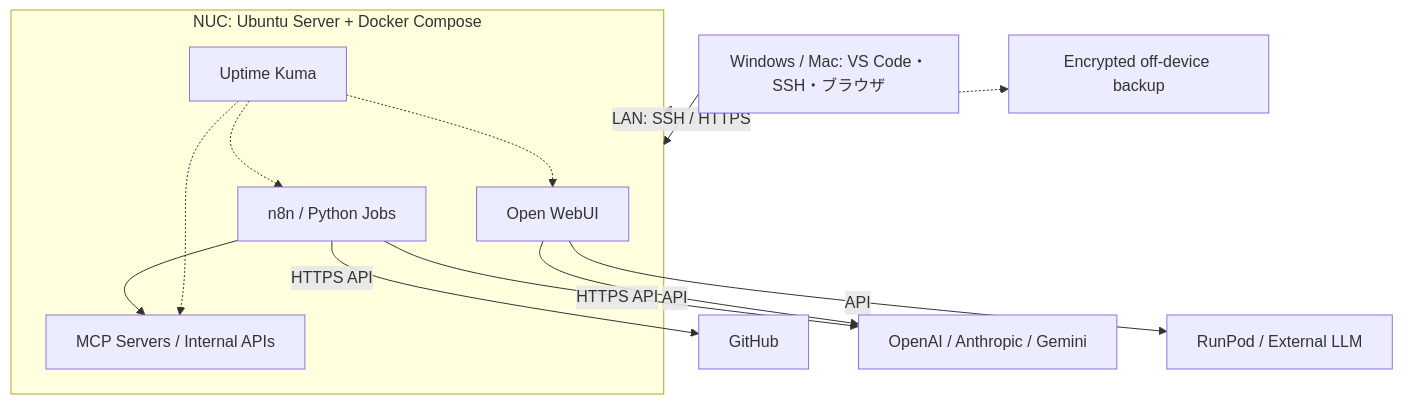
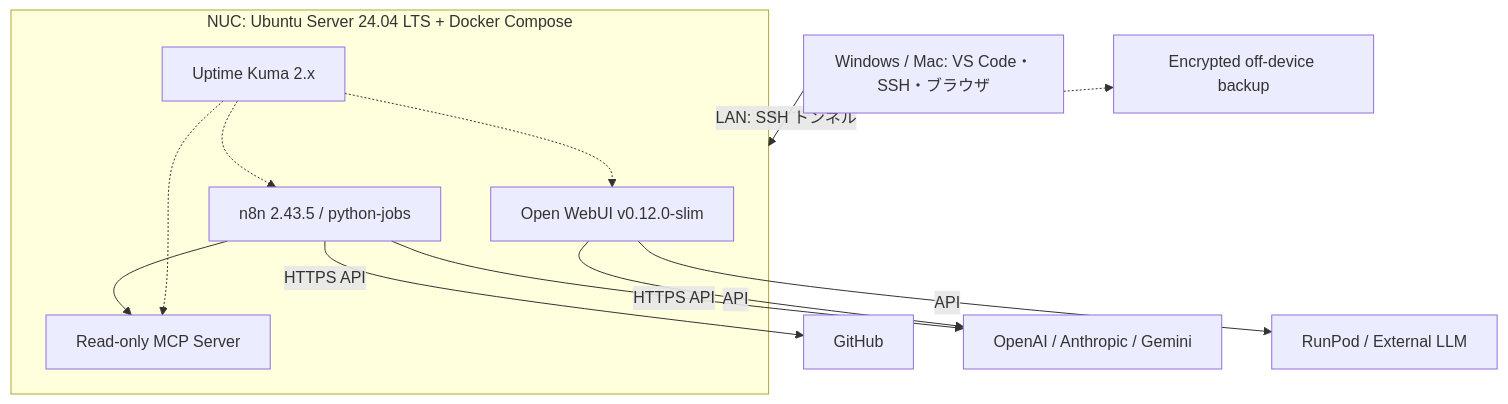
Before and after one commit to moruku36/home-ai-engineering-lab: the diagram in README.md, drawn with Mermaid. The commit also changed other lines of this file and 1 other file, not shown here.

````diff
--- a/README.md
+++ b/README.md
@@ -28,19 +56,19 @@
 ```mermaid
 flowchart TB
-    U[Windows / Mac: VS Code・SSH・ブラウザ] -->|LAN: SSH / HTTPS| N
-    subgraph N[NUC: Ubuntu Server + Docker Compose]
-      NW[n8n / Python Jobs]
-      UI[Open WebUI]
-      MCP[MCP Servers / Internal APIs]
-      MON[Uptime Kuma]
-      NW --> MCP
-      MON -.-> NW
-      MON -.-> UI
-      MON -.-> MCP
+    U[Windows / Mac: VS Code・SSH・ブラウザ] -->|LAN: SSH トンネル| N
+    subgraph N[NUC: Ubuntu Server 24.04 LTS + Docker Compose]
+        NW[n8n 2.43.5 / python-jobs]
+        UI[Open WebUI v0.12.0-slim]
+        MCP[Read-only MCP Server]
+        MON[Uptime Kuma 2.x]
+        NW --> MCP
+        MON .-> NW
+        MON .-> UI
+        MON .-> MCP
     end
     NW -->|HTTPS API| GH[GitHub]
     NW -->|HTTPS API| AI[OpenAI / Anthropic / Gemini]
     UI -->|API| AI
     UI -->|API| GPU[RunPod / External LLM]
-    B[Encrypted off-device backup] <-.-> N
+    B[Encrypted off-device backup] <.-> N
 ```
````
